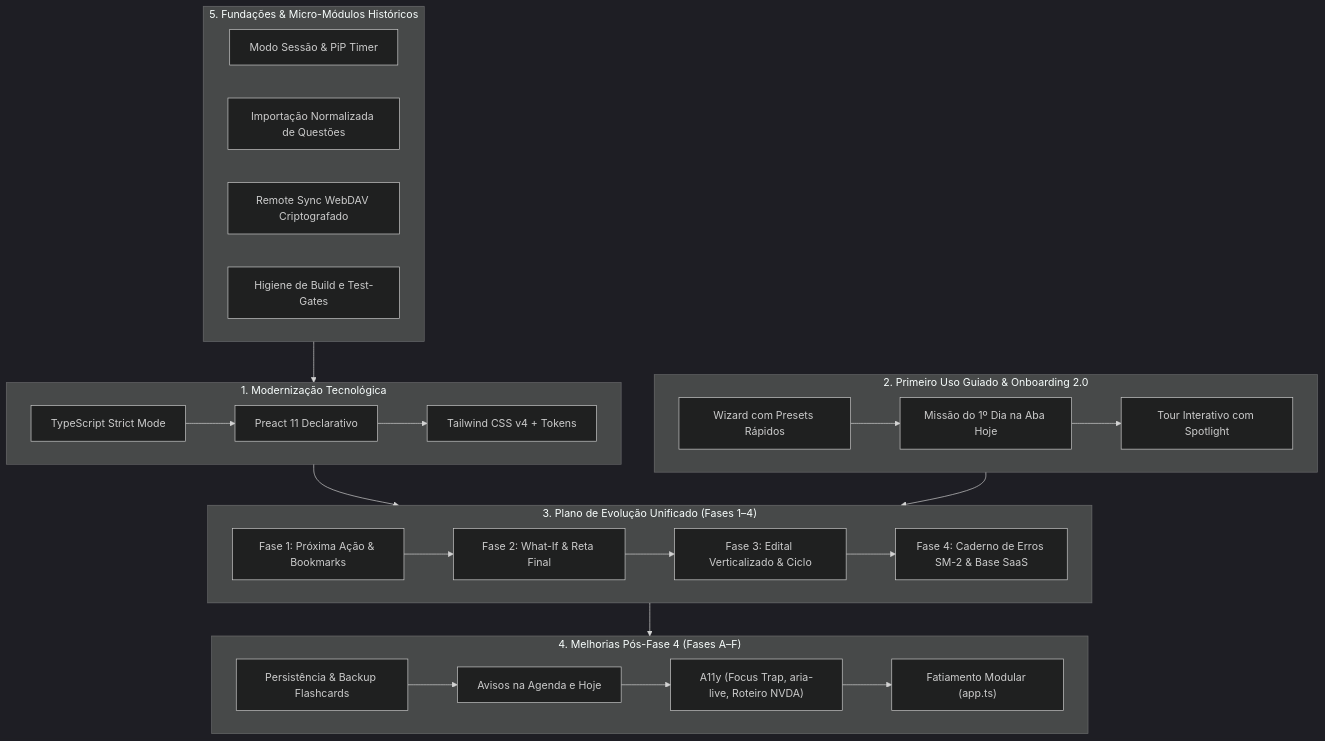
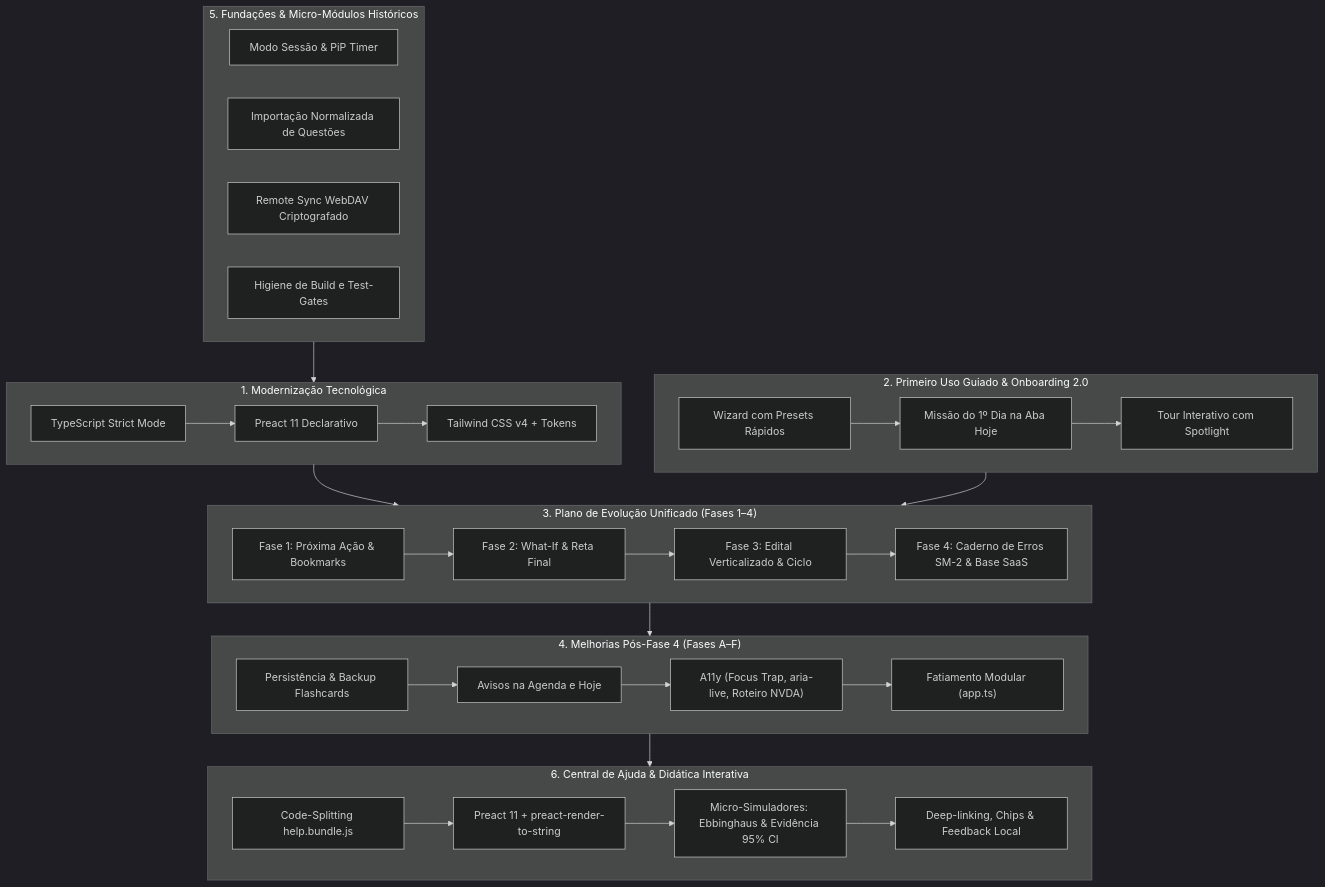
The diagram in docs/PLANOS-CONCLUIDOS.md (vitoriapac/Extrato), drawn with Mermaid (dark theme) before and after one commit. The commit also changed other lines of this file and 4 other files, not shown here.

First line of the commit message:
docs: consolidar Central de Ajuda 2.0, micro-simuladores didaticos e metricas de homologacao

````diff
--- a/docs/PLANOS-CONCLUIDOS.md
+++ b/docs/PLANOS-CONCLUIDOS.md
@@ -15,36 +15,43 @@
 ```mermaid
 flowchart TD
     subgraph P1 ["1. Modernização Tecnológica"]
         P1A["TypeScript Strict Mode"] --> P1B["Preact 11 Declarativo"]
         P1B --> P1C["Tailwind CSS v4 + Tokens"]
     end
 
     subgraph P2 ["2. Primeiro Uso Guiado & Onboarding 2.0"]
         P2A["Wizard com Presets Rápidos"] --> P2B["Missão do 1º Dia na Aba Hoje"]
         P2B --> P2C["Tour Interativo com Spotlight"]
     end
 
     subgraph P3 ["3. Plano de Evolução Unificado (Fases 1–4)"]
         P3A["Fase 1: Próxima Ação & Bookmarks"] --> P3B["Fase 2: What-If & Reta Final"]
         P3B --> P3C["Fase 3: Edital Verticalizado & Ciclo"]
         P3C --> P3D["Fase 4: Caderno de Erros SM-2 & Base SaaS"]
     end
 
     subgraph P4 ["4. Melhorias Pós-Fase 4 (Fases A–F)"]
         P4A["Persistência & Backup Flashcards"] --> P4B["Avisos na Agenda e Hoje"]
         P4B --> P4C["A11y (Focus Trap, aria-live, Roteiro NVDA)"]
         P4C --> P4D["Fatiamento Modular (app.ts)"]
     end
 
     subgraph P5 ["5. Fundações & Micro-Módulos Históricos"]
         P5A["Modo Sessão & PiP Timer"]
         P5B["Importação Normalizada de Questões"]
         P5C["Remote Sync WebDAV Criptografado"]
         P5D["Higiene de Build e Test-Gates"]
     end
 
+    subgraph P6 ["6. Central de Ajuda & Didática Interativa"]
+        P6A["Code-Splitting help.bundle.js"] --> P6B["Preact 11 + preact-render-to-string"]
+        P6B --> P6C["Micro-Simuladores: Ebbinghaus & Evidência 95% CI"]
+        P6C --> P6D["Deep-linking, Chips & Feedback Local"]
+    end
+
     P1 --> P3
     P2 --> P3
     P3 --> P4
     P5 --> P1
+    P4 --> P6
 ```
````
